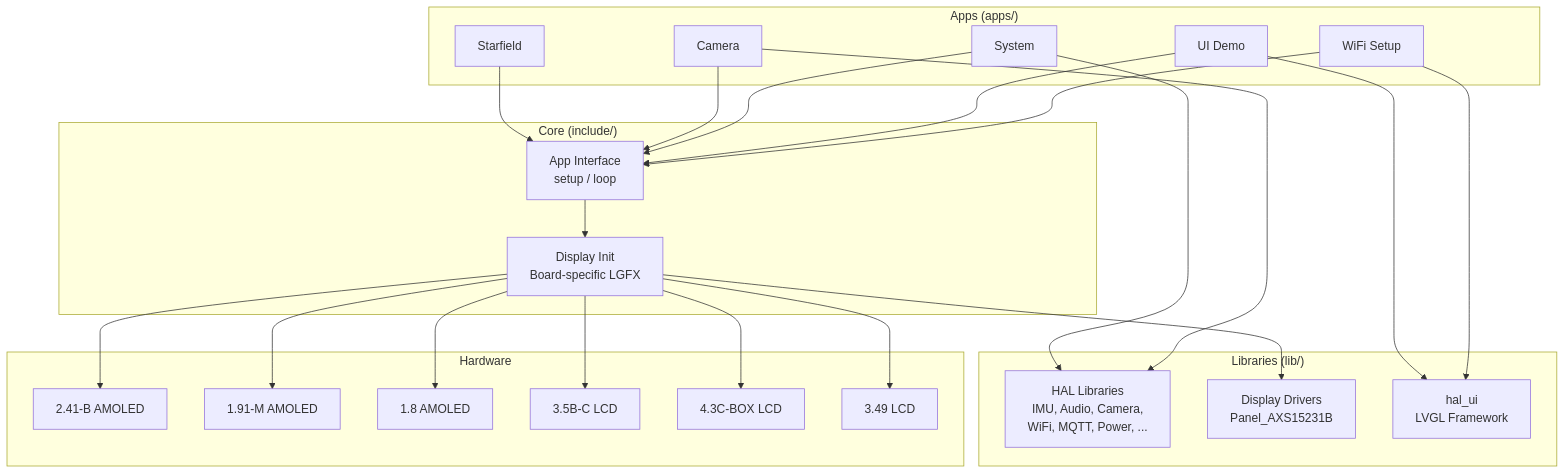
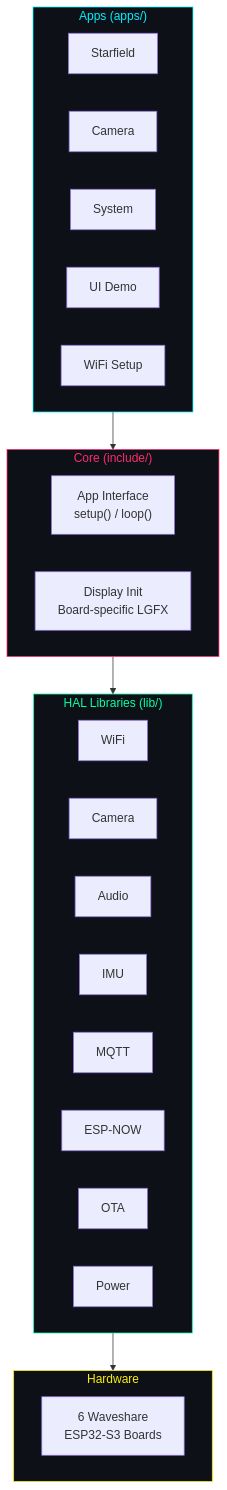
The third of 3 diagrams in README.md (Valpatel/tritium-edge), drawn with Mermaid before and after one commit. The commit also changed other lines of this file, not shown here.

First line of the commit message:
Rewrite README as approachable vision-first intro with mermaid diagrams

````diff
--- a/README.md
+++ b/README.md
@@ -74,37 +132,38 @@
 ```mermaid
 graph TB
-    subgraph "Apps (apps/)"
+    subgraph Apps["Apps (apps/)"]
         SF[Starfield]
         CAM[Camera]
         SYS[System]
         UI[UI Demo]
         WIFI[WiFi Setup]
     end
 
-    subgraph "Core (include/)"
-        APP[App Interface<br>setup / loop]
-        DI[Display Init<br>Board-specific LGFX]
+    subgraph Core["Core (include/)"]
+        APP["App Interface<br/>setup() / loop()"]
+        DI["Display Init<br/>Board-specific LGFX"]
     end
 
-    subgraph "Libraries (lib/)"
-        HAL[HAL Libraries<br>IMU, Audio, Camera,<br>WiFi, MQTT, Power, ...]
-        DRV[Display Drivers<br>Panel_AXS15231B]
-        LVGL[hal_ui<br>LVGL Framework]
+    subgraph HALs["HAL Libraries (lib/)"]
+        direction LR
+        H1[WiFi]
+        H2[Camera]
+        H3[Audio]
+        H4[IMU]
+        H5[MQTT]
+        H6[ESP-NOW]
+        H7[OTA]
+        H8[Power]
     end
 
-    subgraph "Hardware"
-        B1[2.41-B AMOLED]
-        B2[1.91-M AMOLED]
-        B3[1.8 AMOLED]
-        B4[3.5B-C LCD]
-        B5[4.3C-BOX LCD]
-        B6[3.49 LCD]
+    subgraph Boards["Hardware"]
+        B1["6 Waveshare<br/>ESP32-S3 Boards"]
     end
 
-    SF & CAM & SYS & UI & WIFI --> APP
-    APP --> DI
-    UI & WIFI --> LVGL
-    SYS & CAM --> HAL
-    DI --> DRV
-    DI --> B1 & B2 & B3 & B4 & B5 & B6
+    Apps --> Core --> HALs --> Boards
+
+    style Apps fill:#0d1117,stroke:#00f0ff,color:#00f0ff
+    style Core fill:#0d1117,stroke:#ff2a6d,color:#ff2a6d
+    style HALs fill:#0d1117,stroke:#05ffa1,color:#05ffa1
+    style Boards fill:#0d1117,stroke:#fcee0a,color:#fcee0a
 ```
````
